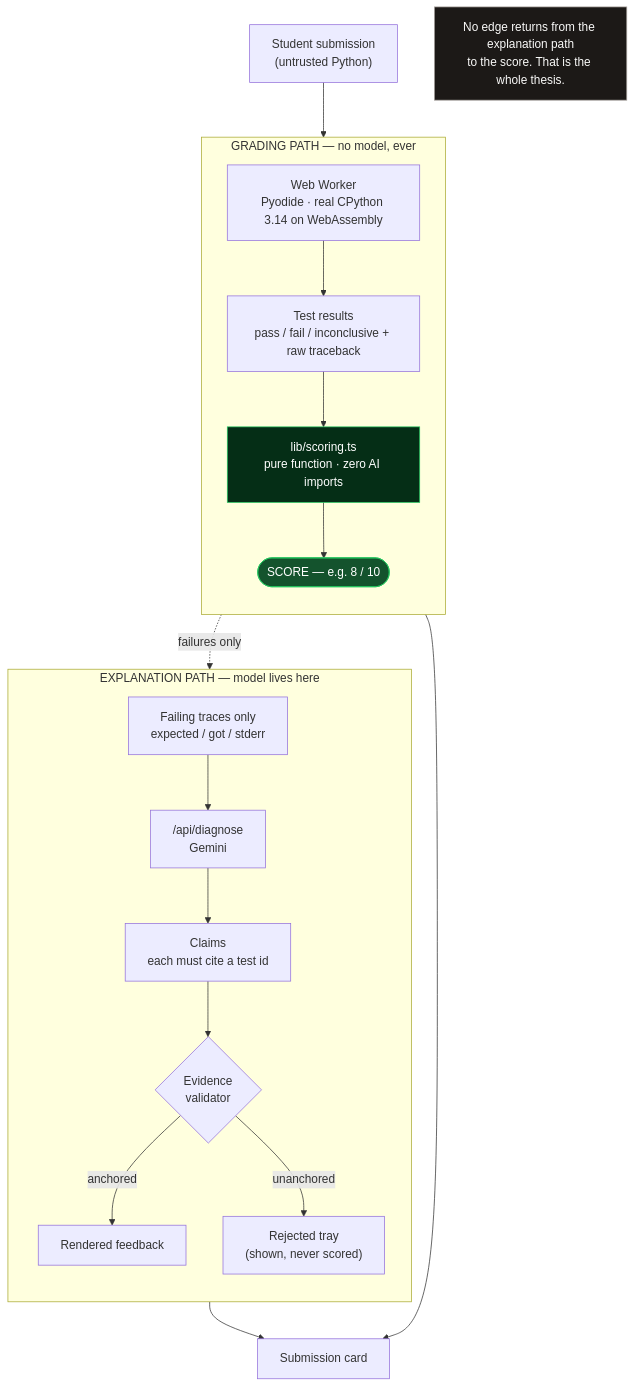
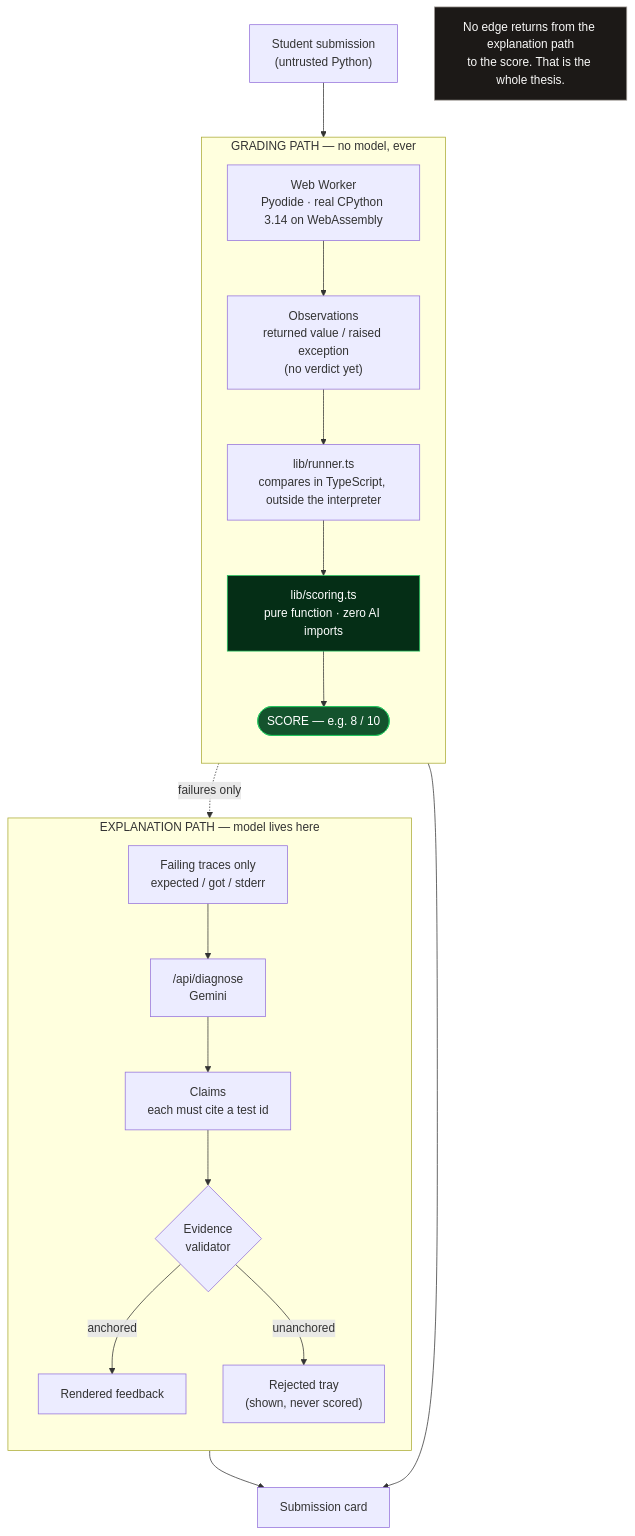
The diagram in README.md (biyonjose10/crucible), drawn with Mermaid before and after one commit. The commit also changed other lines of this file and 9 other files, not shown here.

````diff
--- a/README.md
+++ b/README.md
@@ -55,37 +55,38 @@
 ```mermaid
 flowchart TD
   SUB["Student submission<br/>(untrusted Python)"]
 
   subgraph GRADE["GRADING PATH — no model, ever"]
     direction TB
     W["Web Worker<br/>Pyodide · real CPython 3.14 on WebAssembly"]
-    RES["Test results<br/>pass / fail / inconclusive + raw traceback"]
+    OBS["Observations<br/>returned value / raised exception<br/>(no verdict yet)"]
+    RES["lib/runner.ts<br/>compares in TypeScript, outside the interpreter"]
     SCO["lib/scoring.ts<br/>pure function · zero AI imports"]
     GRADE_OUT(["SCORE — e.g. 8 / 10"])
-    W --> RES --> SCO --> GRADE_OUT
+    W --> OBS --> RES --> SCO --> GRADE_OUT
   end
 
   subgraph EXPLAIN["EXPLANATION PATH — model lives here"]
     direction TB
     TR["Failing traces only<br/>expected / got / stderr"]
     API["/api/diagnose<br/>Gemini"]
     CL["Claims<br/>each must cite a test id"]
     VAL{"Evidence<br/>validator"}
     OK["Rendered feedback"]
     NO["Rejected tray<br/>(shown, never scored)"]
     TR --> API --> CL --> VAL
     VAL -->|anchored| OK
     VAL -->|unanchored| NO
   end
 
   SUB --> W
   RES -.->|"failures only"| TR
   GRADE_OUT --> CARD["Submission card"]
   OK --> CARD
 
   NOTE["No edge returns from the explanation path<br/>to the score. That is the whole thesis."]
 
   style GRADE_OUT fill:#14532d,stroke:#22c55e,color:#fff
   style SCO fill:#052e16,stroke:#22c55e,color:#fff
   style NOTE fill:#1c1917,stroke:#a8a29e,color:#fafaf9
 ```
````
